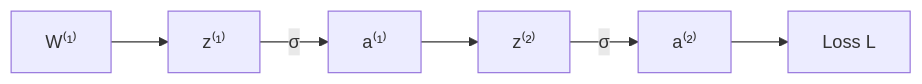
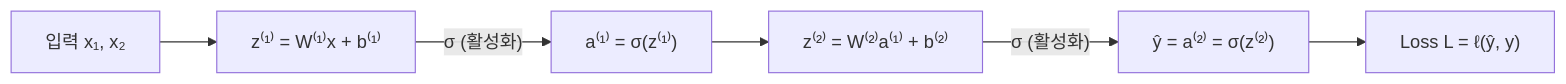
Before and after one commit to Siegfriex/hongikUniv.: the fifth of 6 diagrams in ML/20260507.md, drawn with Mermaid. The commit also changed other lines of this file, not shown here.

````diff
--- a/ML/20260507.md
+++ b/ML/20260507.md
@@ -1381,8 +1393,8 @@
 ```mermaid
 flowchart LR
-    W1["W⁽¹⁾"] --> Z1["z⁽¹⁾"]
-    Z1 -->|σ| A1["a⁽¹⁾"]
-    A1 --> Z2["z⁽²⁾"]
-    Z2 -->|σ| A2["a⁽²⁾"]
-    A2 --> L["Loss L"]
+    X["입력 x₁, x₂"] --> Z1["z⁽¹⁾ = W⁽¹⁾x + b⁽¹⁾"]
+    Z1 -->|"σ (활성화)"| A1["a⁽¹⁾ = σ(z⁽¹⁾)"]
+    A1 --> Z2["z⁽²⁾ = W⁽²⁾a⁽¹⁾ + b⁽²⁾"]
+    Z2 -->|"σ (활성화)"| A2["ŷ = a⁽²⁾ = σ(z⁽²⁾)"]
+    A2 --> L["Loss L = ℓ(ŷ, y)"]
 ```
````
